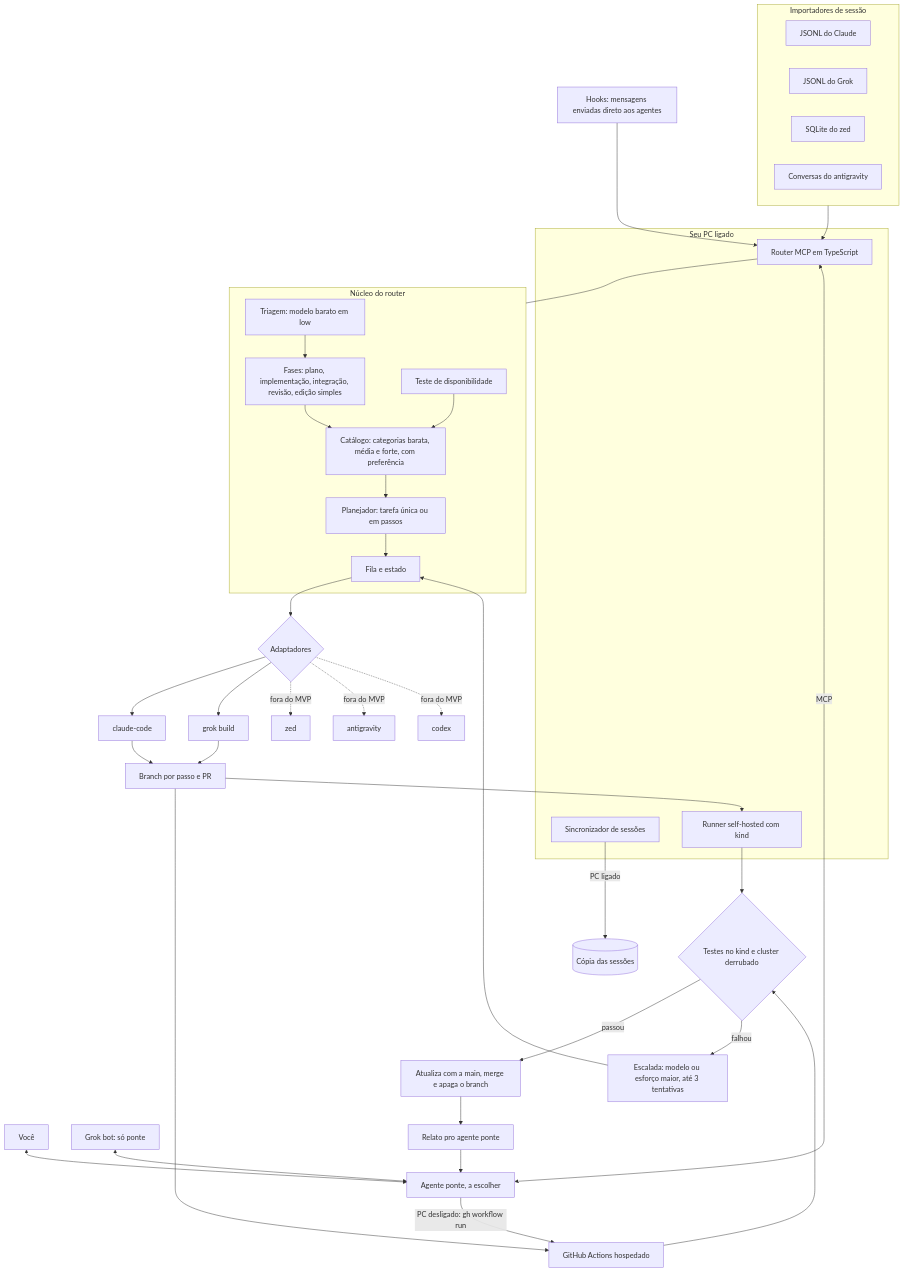
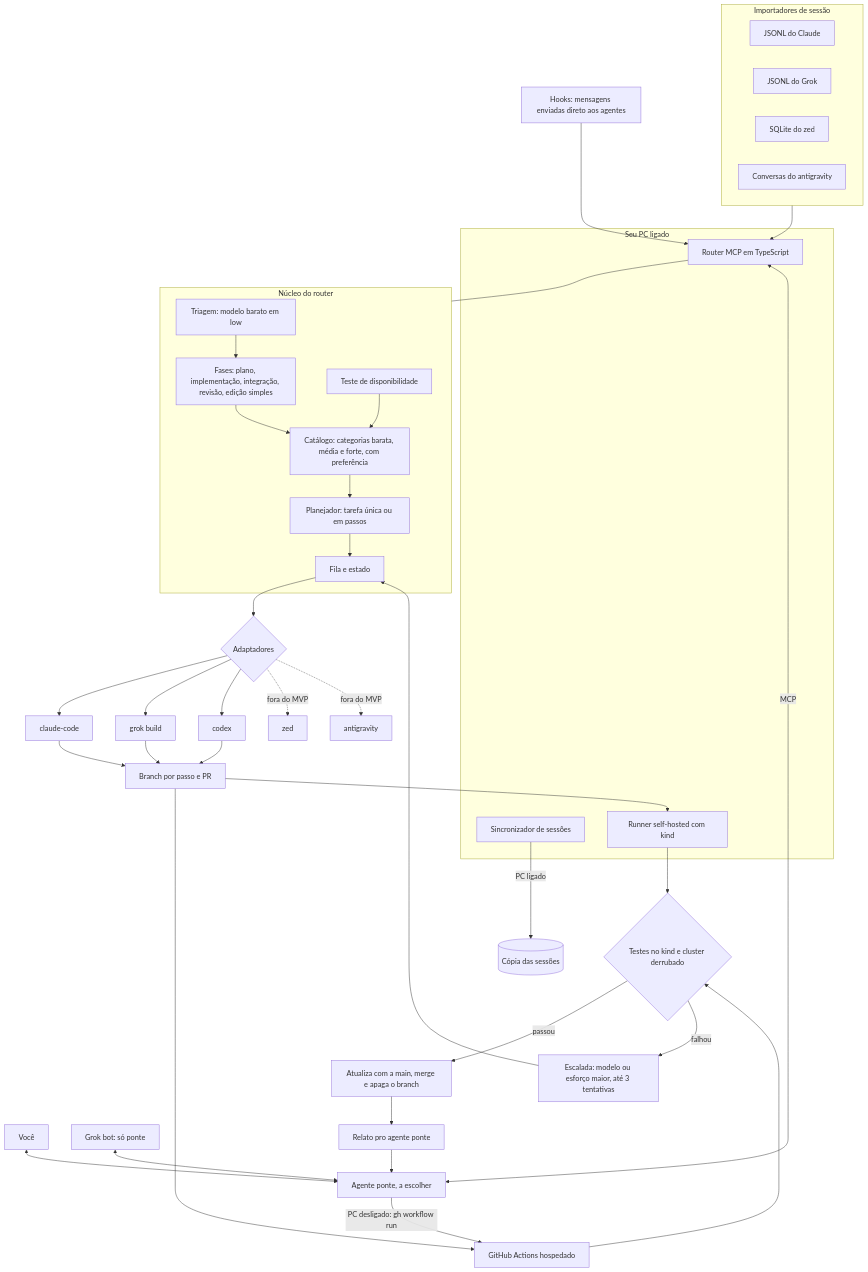
Before and after one commit to Lorkyrr/LLM-Router: the diagram in ARQUITETURA.md, drawn with Mermaid. The commit also changed other lines of this file and 6 other files, not shown here.

Commit message:
docs: Codex policy, architecture, contributor guidelines and validation notes

````diff
--- a/ARQUITETURA.md
+++ b/ARQUITETURA.md
@@ -7,50 +7,50 @@
 ```mermaid
 flowchart TB
   U[Você] <--> BR[Agente ponte, a escolher]
   HK[Hooks: mensagens enviadas direto aos agentes] --> R
 
   subgraph PC[Seu PC ligado]
     R[Router MCP em TypeScript]
     SYNC[Sincronizador de sessões]
     SH[Runner self-hosted com kind]
   end
 
   BR <-->|MCP| R
   GK[Grok bot: só ponte] <--> BR
   BR -->|PC desligado: gh workflow run| GH
 
   subgraph CORE[Núcleo do router]
     T[Triagem: modelo barato em low]
     PH[Fases: plano, implementação, integração, revisão, edição simples]
     CAT[Catálogo: categorias barata, média e forte, com preferência]
     AV[Teste de disponibilidade]
     PL[Planejador: tarefa única ou em passos]
     Q[Fila e estado]
   end
   R --- CORE
   T --> PH --> CAT --> PL --> Q
   AV --> CAT
 
   Q --> AD{Adaptadores}
-  AD --> CC[claude-code] & GB[grok build]
-  AD -.fora do MVP.-> ZD[zed] & AG[antigravity] & CX[codex]
+  AD --> CC[claude-code] & GB[grok build] & CX[codex]
+  AD -.fora do MVP.-> ZD[zed] & AG[antigravity]
 
   subgraph IMP[Importadores de sessão]
     I1[JSONL do Claude]
     I2[JSONL do Grok]
     I3[SQLite do zed]
     I4[Conversas do antigravity]
   end
   IMP --> R
   SYNC -->|PC ligado| CLOUDSTORE[(Cópia das sessões)]
 
-  CC & GB --> BRANCH[Branch por passo e PR]
+  CC & GB & CX --> BRANCH[Branch por passo e PR]
   BRANCH --> SH
   BRANCH --> GH[GitHub Actions hospedado]
   SH & GH --> TEST{Testes no kind e cluster derrubado}
   TEST -->|passou| MERGE[Atualiza com a main, merge e apaga o branch]
   TEST -->|falhou| ESC[Escalada: modelo ou esforço maior, até 3 tentativas]
   ESC --> Q
   MERGE --> REP[Relato pro agente ponte]
   REP --> BR
 ```
````
